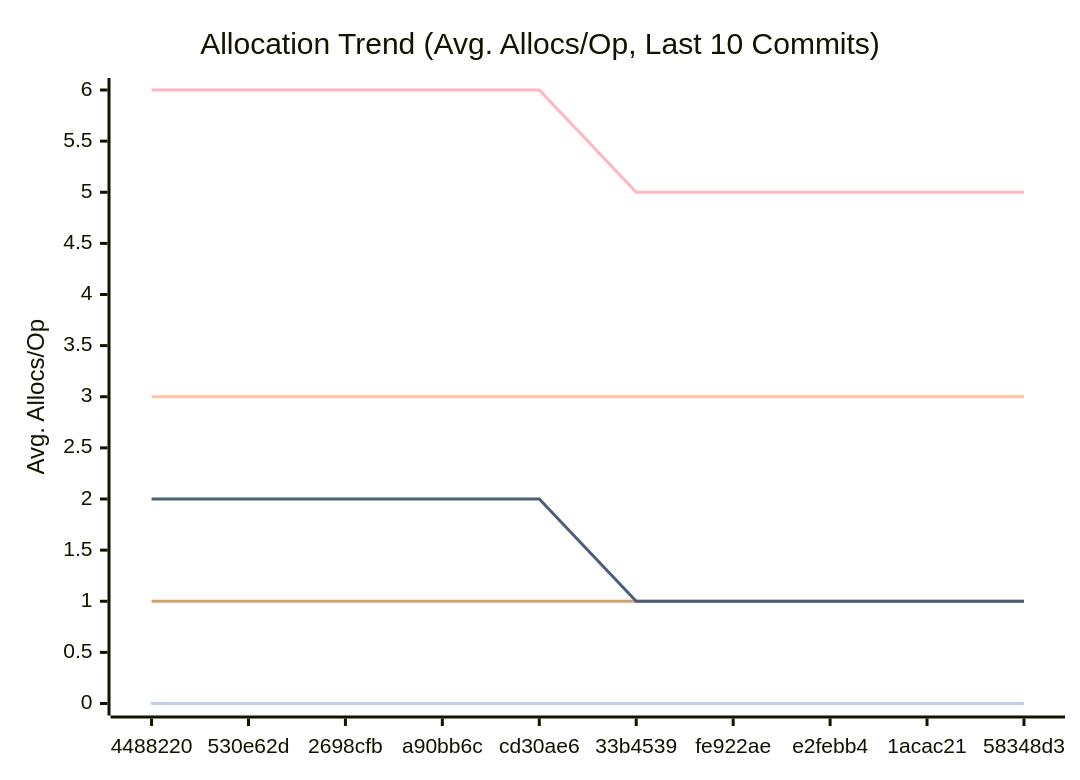
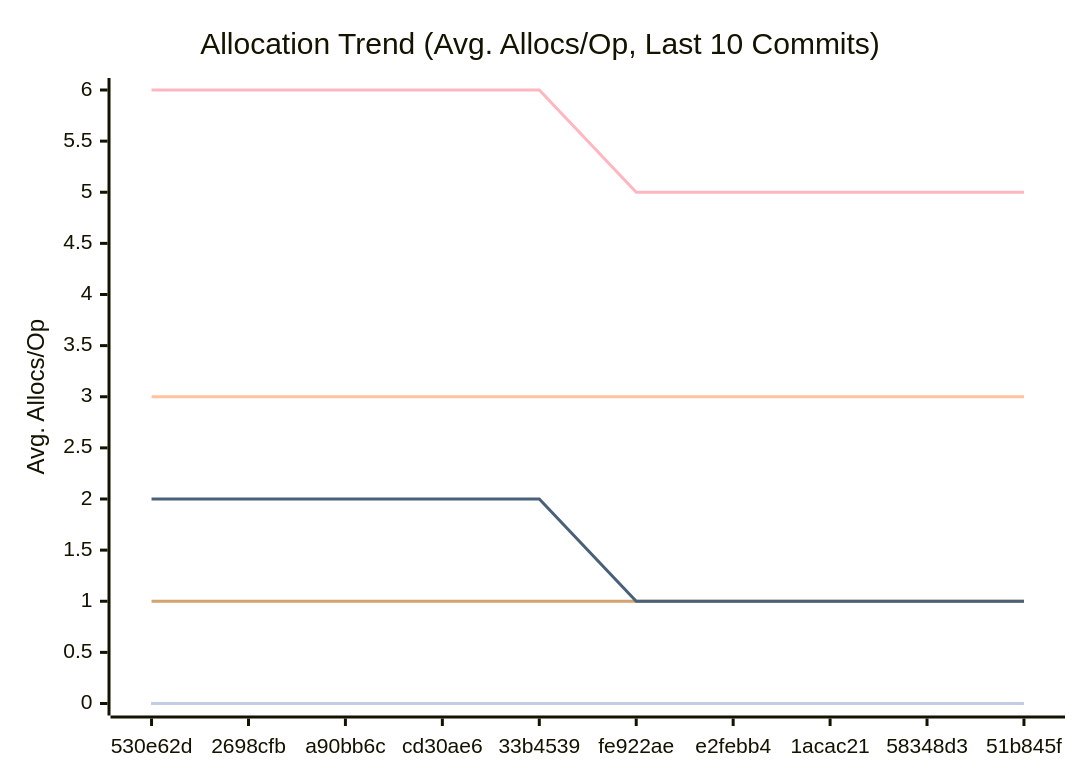
One commit to alsotoes/momo changed the third of 3 diagrams in docs/PERFORMANCE.md. Above: the diagram before and after it, drawn with Mermaid. The commit also changed other lines of this file and 7 other files, not shown here.

````diff
--- a/docs/PERFORMANCE.md
+++ b/docs/PERFORMANCE.md
@@ -114,16 +114,16 @@
 ```mermaid
 xychart-beta
     title "Allocation Trend (Avg. Allocs/Op, Last 10 Commits)"
     x-axis "Commit"
     y-axis "Avg. Allocs/Op"
-    x-axis [4488220,530e62d,2698cfb,a90bb6c,cd30ae6,33b4539,fe922ae,e2febb4,1acac21,58348d3]
+    x-axis [530e62d,2698cfb,a90bb6c,cd30ae6,33b4539,fe922ae,e2febb4,1acac21,58348d3,51b845f]
     line "CheckMetricsAndSwap" [0,0,0,0,0,0,0,0,0,0]
     line "CrushOptimized" [0,0,0,0,0,0,0,0,0,0]
     line "CrushOriginal" [3,3,3,3,3,3,3,3,3,3]
     line "IndexDirectTracking" [0,0,0,0,0,0,0,0,0,0]
     line "IndexSearch" [0,0,0,0,0,0,0,0,0,0]
     line "LoadGlobalConfig" [1,1,1,1,1,1,1,1,1,1]
     line "PadString" [0,0,0,0,0,0,0,0,0,0]
     line "ParseReplicationOrder_NoPrealloc" [6,6,6,6,6,5,5,5,5,5]
     line "ParseReplicationOrder_Prealloc" [2,2,2,2,2,1,1,1,1,1]
 ```
````
